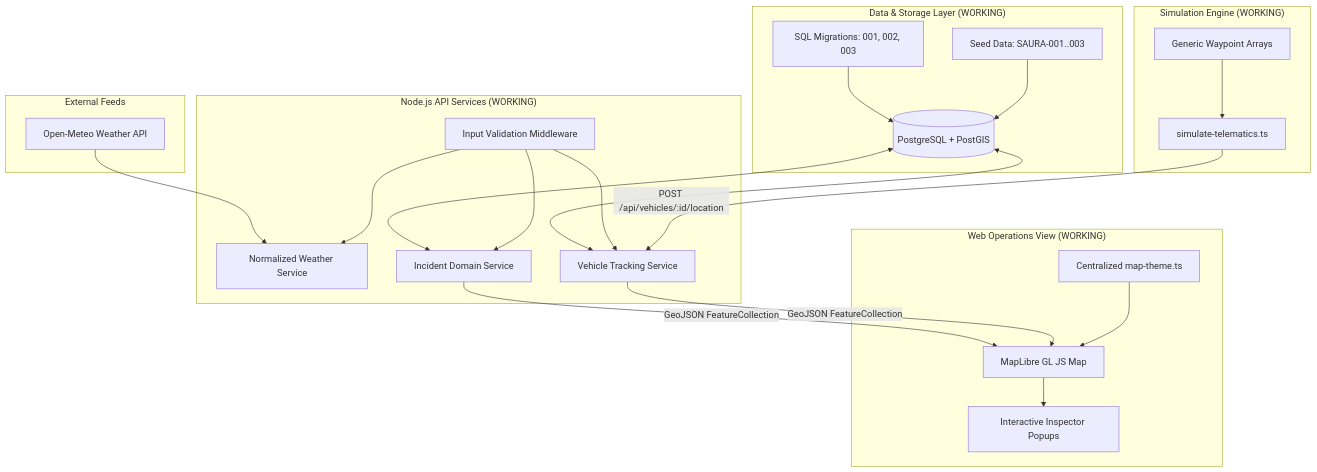
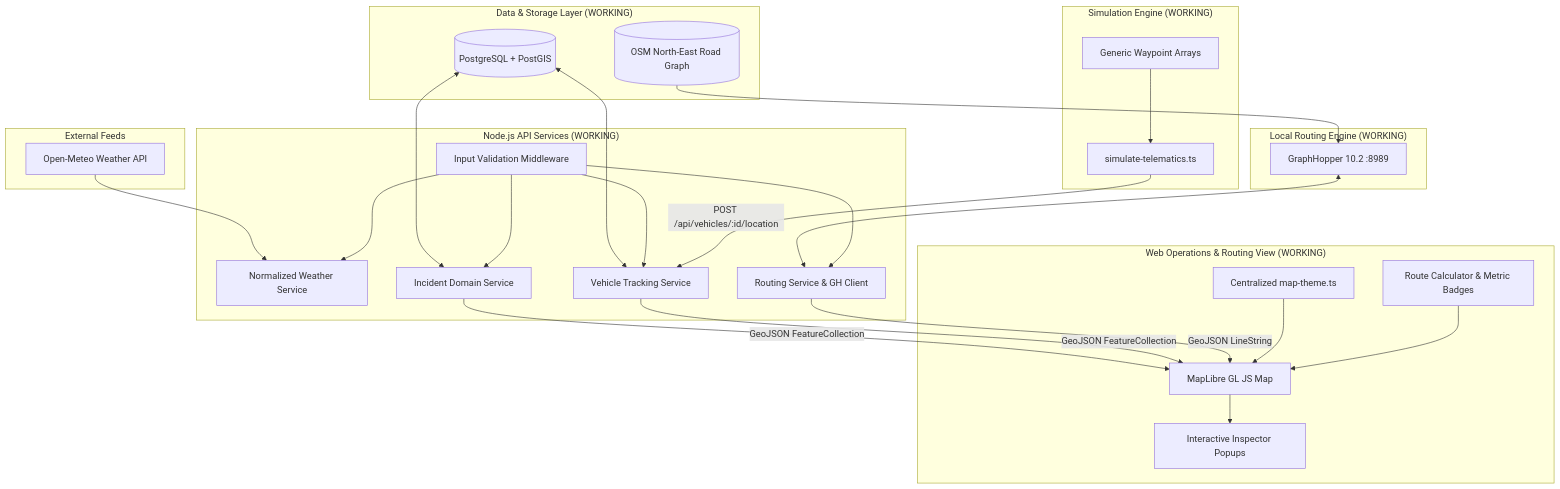
The diagram in docs/architecture.md (ParthKaretiya/team-saura-sih26002), drawn with Mermaid before and after one commit. The commit also changed other lines of this file and 2 other files, not shown here.

Commit message:
docs(routing): update project documentation and setup guide for Step 5

````diff
--- a/docs/architecture.md
+++ b/docs/architecture.md
@@ -30,46 +30,54 @@
 ```mermaid
 graph TD
     %% PostGIS & Data
     subgraph Data_Layer ["Data & Storage Layer (WORKING)"]
         PostGIS[(PostgreSQL + PostGIS)]
-        Migrations[SQL Migrations: 001, 002, 003]
-        Seeds[Seed Data: SAURA-001..003]
+        OSMGraph[(OSM North-East Road Graph)]
     end
 
     %% External Services
     subgraph External_Feeds ["External Feeds"]
         OpenMeteo[Open-Meteo Weather API]
     end
 
+    %% Routing Engine
+    subgraph Routing_Engine ["Local Routing Engine (WORKING)"]
+        GH[GraphHopper 10.2 :8989]
+    end
+
     %% Backend Services
     subgraph API_Services ["Node.js API Services (WORKING)"]
         WeatherSvc[Normalized Weather Service]
         IncidentSvc[Incident Domain Service]
         VehicleSvc[Vehicle Tracking Service]
+        RoutingSvc[Routing Service & GH Client]
         Validator[Input Validation Middleware]
     end
 
     %% Telemetry Simulation
     subgraph Sim_Engine ["Simulation Engine (WORKING)"]
         Waypoints[Generic Waypoint Arrays] --> SimScript[simulate-telematics.ts]
     end
 
     %% Frontend Web
-    subgraph Web_Client ["Web Operations View (WORKING)"]
+    subgraph Web_Client ["Web Operations & Routing View (WORKING)"]
         MapLibre[MapLibre GL JS Map]
         ThemeCfg[Centralized map-theme.ts]
+        RouteUI[Route Calculator & Metric Badges]
         Popup[Interactive Inspector Popups]
     end
 
     OpenMeteo --> WeatherSvc
-    Migrations --> PostGIS
-    Seeds --> PostGIS
+    OSMGraph --> GH
+    GH <--> RoutingSvc
     PostGIS <--> IncidentSvc
     PostGIS <--> VehicleSvc
-    Validator --> IncidentSvc & VehicleSvc & WeatherSvc
+    Validator --> IncidentSvc & VehicleSvc & WeatherSvc & RoutingSvc
     SimScript -->|POST /api/vehicles/:id/location| VehicleSvc
     IncidentSvc -->|GeoJSON FeatureCollection| MapLibre
     VehicleSvc -->|GeoJSON FeatureCollection| MapLibre
+    RoutingSvc -->|GeoJSON LineString| MapLibre
     ThemeCfg --> MapLibre
+    RouteUI --> MapLibre
     MapLibre --> Popup
 ```
````
